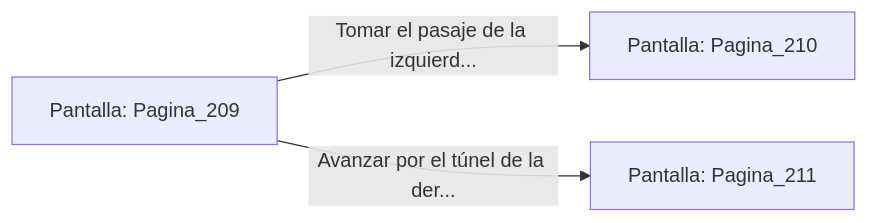
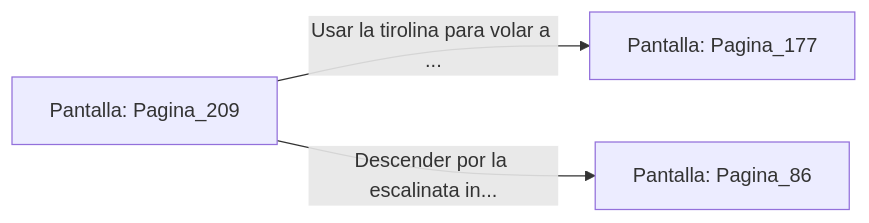
The diagram in sample/eligejuego-vault/Pantalla_Pagina_209.md (metsuke/mpl), drawn with Mermaid before and after one commit. The commit also changed other lines of this file and 635 other files, not shown here.

First line of the commit message:
fix: añadir Pagina_1 como pantalla inicial en capitulo_01.mpl

````diff
--- a/sample/eligejuego-vault/Pantalla_Pagina_209.md
+++ b/sample/eligejuego-vault/Pantalla_Pagina_209.md
@@ -20,6 +24,6 @@
 ```mermaid
 graph LR
     P_Pagina_209["Pantalla: Pagina_209"]
-    P_Pagina_209 -->|"Tomar el pasaje de la izquierd..."| P_Pagina_210["Pantalla: Pagina_210"]
-    P_Pagina_209 -->|"Avanzar por el túnel de la der..."| P_Pagina_211["Pantalla: Pagina_211"]
+    P_Pagina_209 -->|"Usar la tirolina para volar a ..."| P_Pagina_177["Pantalla: Pagina_177"]
+    P_Pagina_209 -->|"Descender por la escalinata in..."| P_Pagina_86["Pantalla: Pagina_86"]
 ```
````
